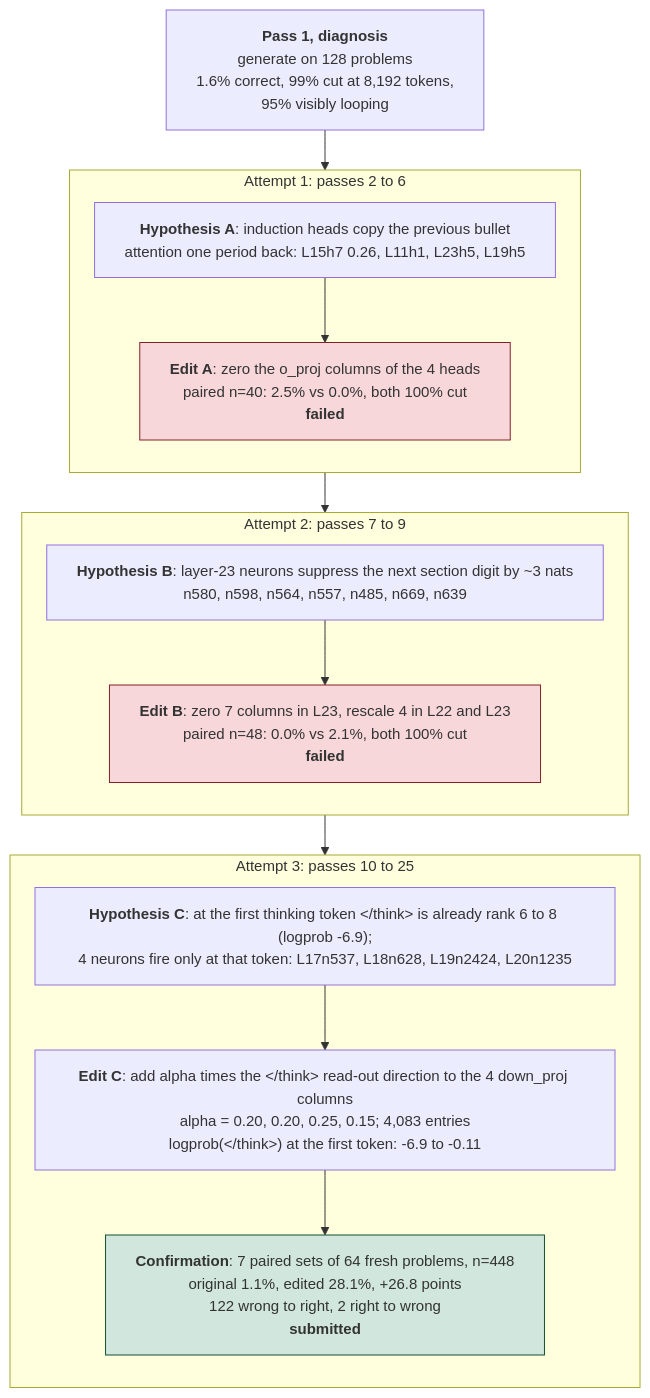
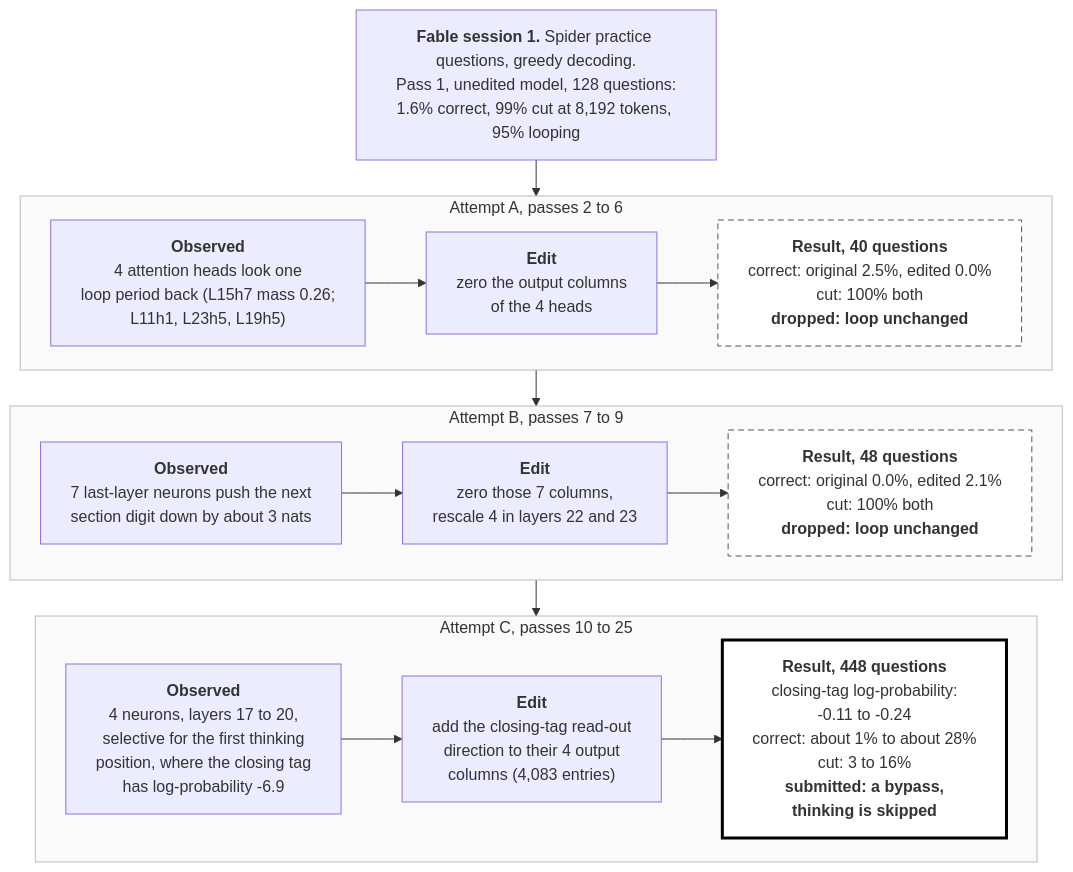
One commit to Exorust/wsp-sql changed the diagram in paper/fig/f2_session.mmd. Above: the diagram before and after it, drawn with Mermaid. The commit also changed 16 other files, not shown here.

Commit message:
Figures: redraw setup and mechanism in TikZ, compact session figure, add outcome figure

```diff
--- a/paper/fig/f2_session.mmd
+++ b/paper/fig/f2_session.mmd
@@ -1,26 +1,32 @@
-%%{init: {'flowchart': {'wrappingWidth': 520, 'nodeSpacing': 30, 'rankSpacing': 40}, 'themeVariables': {'fontSize': '15px'}}}%%
+%%{init: {'flowchart': {'wrappingWidth': 300, 'nodeSpacing': 28, 'rankSpacing': 36}, 'themeVariables': {'fontSize': '16px'}}}%%
 flowchart TB
-  A["<b>Pass 1, diagnosis</b><br/>generate on 128 problems<br/>1.6% correct, 99% cut at 8,192 tokens,<br/>95% visibly looping"]
-  subgraph S1["Attempt 1: passes 2 to 6"]
-    direction TB
-    B["<b>Hypothesis A</b>: induction heads copy the previous bullet<br/>attention one period back: L15h7 0.26, L11h1, L23h5, L19h5"]
-    C["<b>Edit A</b>: zero the o_proj columns of the 4 heads<br/>paired n=40: 2.5% vs 0.0%, both 100% cut<br/><b>failed</b>"]
-    B --> C
+  A["<b>Fable session 1.</b> Spider practice questions, greedy decoding.<br/>Pass 1, unedited model, 128 questions:<br/>1.6% correct, 99% cut at 8,192 tokens, 95% looping"]
+  subgraph S1["Attempt A, passes 2 to 6"]
+    direction LR
+    B["<b>Observed</b><br/>4 attention heads look one<br/>loop period back (L15h7 mass 0.26;<br/>L11h1, L23h5, L19h5)"]
+    C["<b>Edit</b><br/>zero the output columns<br/>of the 4 heads"]
+    C2["<b>Result, 40 questions</b><br/>correct: original 2.5%, edited 0.0%<br/>cut: 100% both<br/><b>dropped: loop unchanged</b>"]
+    B --> C --> C2
   end
-  subgraph S2["Attempt 2: passes 7 to 9"]
-    direction TB
-    D["<b>Hypothesis B</b>: layer-23 neurons suppress the next section digit by ~3 nats<br/>n580, n598, n564, n557, n485, n669, n639"]
-    Ed["<b>Edit B</b>: zero 7 columns in L23, rescale 4 in L22 and L23<br/>paired n=48: 0.0% vs 2.1%, both 100% cut<br/><b>failed</b>"]
-    D --> Ed
+  subgraph S2["Attempt B, passes 7 to 9"]
+    direction LR
+    D["<b>Observed</b><br/>7 last-layer neurons push the next<br/>section digit down by about 3 nats"]
+    Ed["<b>Edit</b><br/>zero those 7 columns,<br/>rescale 4 in layers 22 and 23"]
+    Ed2["<b>Result, 48 questions</b><br/>correct: original 0.0%, edited 2.1%<br/>cut: 100% both<br/><b>dropped: loop unchanged</b>"]
+    D --> Ed --> Ed2
   end
-  subgraph S3["Attempt 3: passes 10 to 25"]
-    direction TB
-    G["<b>Hypothesis C</b>: at the first thinking token &lt;/think&gt; is already rank 6 to 8 (logprob -6.9);<br/>4 neurons fire only at that token: L17n537, L18n628, L19n2424, L20n1235"]
-    Hh["<b>Edit C</b>: add alpha times the &lt;/think&gt; read-out direction to the 4 down_proj columns<br/>alpha = 0.20, 0.20, 0.25, 0.15; 4,083 entries<br/>logprob(&lt;/think&gt;) at the first token: -6.9 to -0.11"]
-    I["<b>Confirmation</b>: 7 paired sets of 64 fresh problems, n=448<br/>original 1.1%, edited 28.1%, +26.8 points<br/>122 wrong to right, 2 right to wrong<br/><b>submitted</b>"]
+  subgraph S3["Attempt C, passes 10 to 25"]
+    direction LR
+    G["<b>Observed</b><br/>4 neurons, layers 17 to 20,<br/>selective for the first thinking<br/>position, where the closing tag<br/>has log-probability -6.9"]
+    Hh["<b>Edit</b><br/>add the closing-tag read-out<br/>direction to their 4 output<br/>columns (4,083 entries)"]
+    I["<b>Result, 448 questions</b><br/>closing-tag log-probability:<br/>-0.11 to -0.24<br/>correct: about 1% to about 28%<br/>cut: 3 to 16%<br/><b>submitted: a bypass,<br/>thinking is skipped</b>"]
     G --> Hh --> I
   end
   A --> S1 --> S2 --> S3
-  style C fill:#f8d7da,stroke:#842029
-  style Ed fill:#f8d7da,stroke:#842029
-  style I fill:#d1e7dd,stroke:#0f5132
+  classDef dropped stroke-dasharray: 6 4,stroke:#555,fill:#fff
+  classDef kept stroke-width:3px,stroke:#000,fill:#fff
+  class C2,Ed2 dropped
+  class I kept
+  style S1 fill:#fafafa,stroke:#bbb
+  style S2 fill:#fafafa,stroke:#bbb
+  style S3 fill:#fafafa,stroke:#bbb
```
